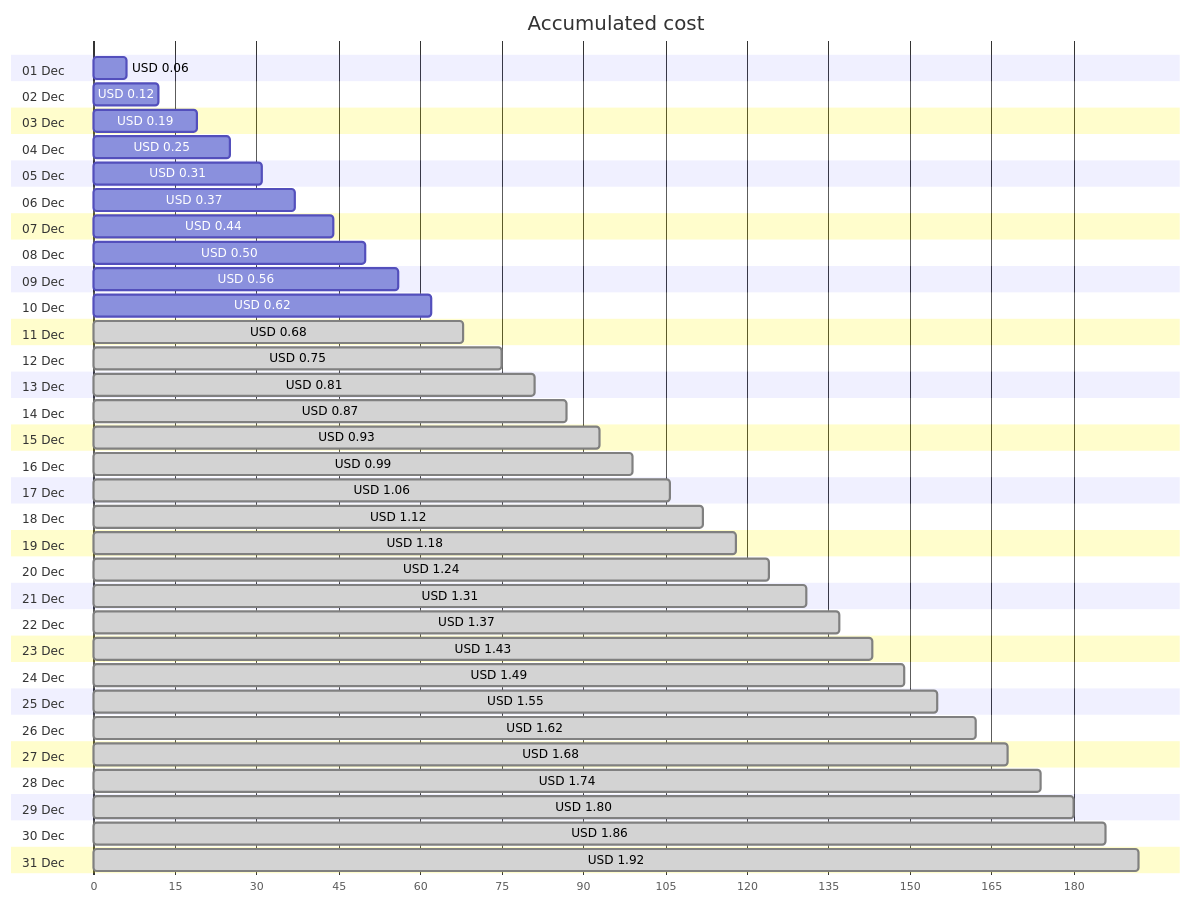
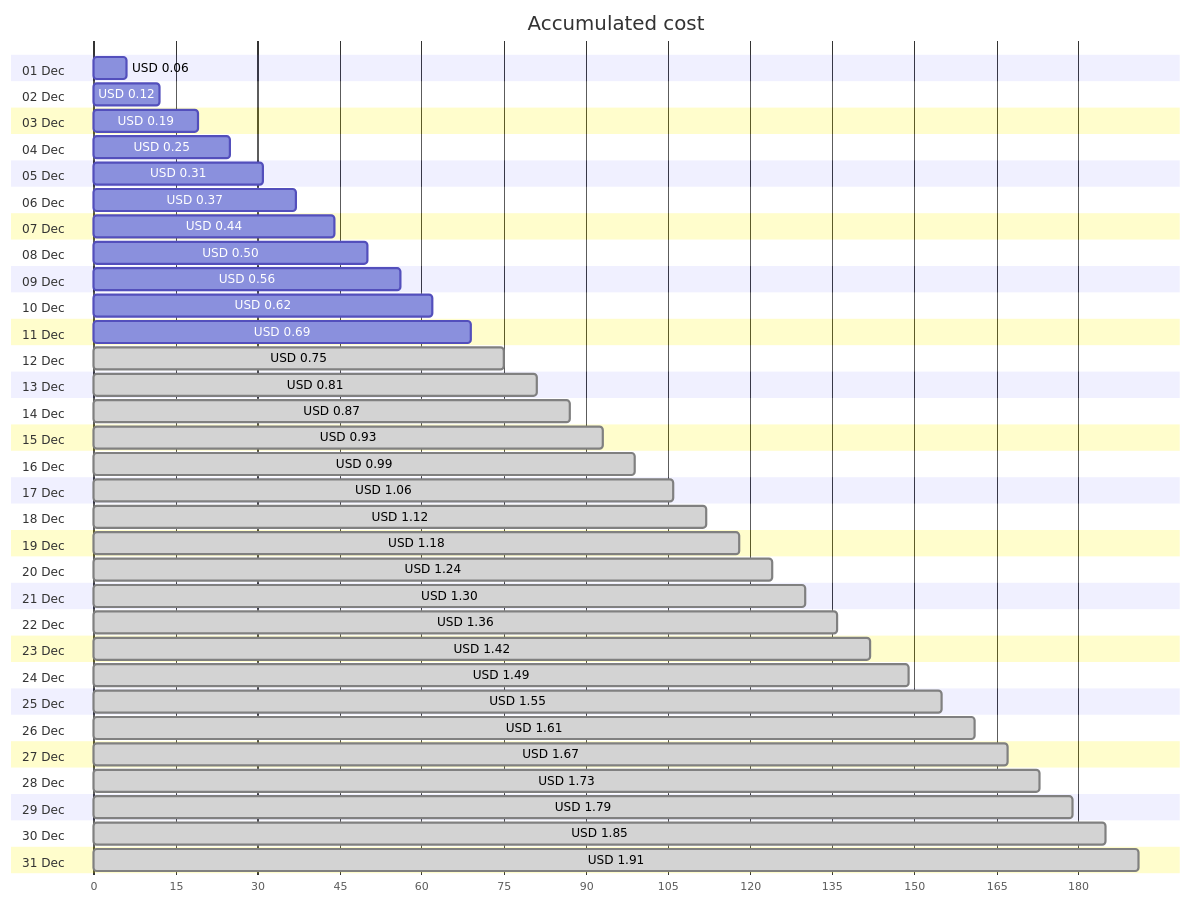
One commit to jpfulton/azure-personal-reports changed the first of 4 diagrams in cost-reports/personal-network/vpn-server_OsDisk.md. Above: the diagram before and after it, drawn with Mermaid. The commit also changed other lines of this file and 8 other files, not shown here.

````diff
--- a/cost-reports/personal-network/vpn-server_OsDisk.md
+++ b/cost-reports/personal-network/vpn-server_OsDisk.md
@@ -20,68 +20,68 @@
 ```mermaid
 gantt
    title Accumulated cost
    dateFormat  X
    axisFormat %s
    section 01 Dec
    USD 0.06 :0, 6
    section 02 Dec
    USD 0.12 :0, 12
    section 03 Dec
    USD 0.19 :0, 19
    section 04 Dec
    USD 0.25 :0, 25
    section 05 Dec
    USD 0.31 :0, 31
    section 06 Dec
    USD 0.37 :0, 37
    section 07 Dec
    USD 0.44 :0, 44
    section 08 Dec
    USD 0.50 :0, 50
    section 09 Dec
    USD 0.56 :0, 56
    section 10 Dec
    USD 0.62 :0, 62
    section 11 Dec
-   USD 0.68 : done, 0, 68
+   USD 0.69 :0, 69
    section 12 Dec
    USD 0.75 : done, 0, 75
    section 13 Dec
    USD 0.81 : done, 0, 81
    section 14 Dec
    USD 0.87 : done, 0, 87
    section 15 Dec
    USD 0.93 : done, 0, 93
    section 16 Dec
    USD 0.99 : done, 0, 99
    section 17 Dec
    USD 1.06 : done, 0, 106
    section 18 Dec
    USD 1.12 : done, 0, 112
    section 19 Dec
    USD 1.18 : done, 0, 118
    section 20 Dec
    USD 1.24 : done, 0, 124
    section 21 Dec
-   USD 1.31 : done, 0, 131
+   USD 1.30 : done, 0, 130
    section 22 Dec
-   USD 1.37 : done, 0, 137
+   USD 1.36 : done, 0, 136
    section 23 Dec
-   USD 1.43 : done, 0, 143
+   USD 1.42 : done, 0, 142
    section 24 Dec
    USD 1.49 : done, 0, 149
    section 25 Dec
    USD 1.55 : done, 0, 155
    section 26 Dec
-   USD 1.62 : done, 0, 162
+   USD 1.61 : done, 0, 161
    section 27 Dec
-   USD 1.68 : done, 0, 168
+   USD 1.67 : done, 0, 167
    section 28 Dec
-   USD 1.74 : done, 0, 174
+   USD 1.73 : done, 0, 173
    section 29 Dec
-   USD 1.80 : done, 0, 180
+   USD 1.79 : done, 0, 179
    section 30 Dec
-   USD 1.86 : done, 0, 186
+   USD 1.85 : done, 0, 185
    section 31 Dec
-   USD 1.92 : done, 0, 192
+   USD 1.91 : done, 0, 191
 ```
````
